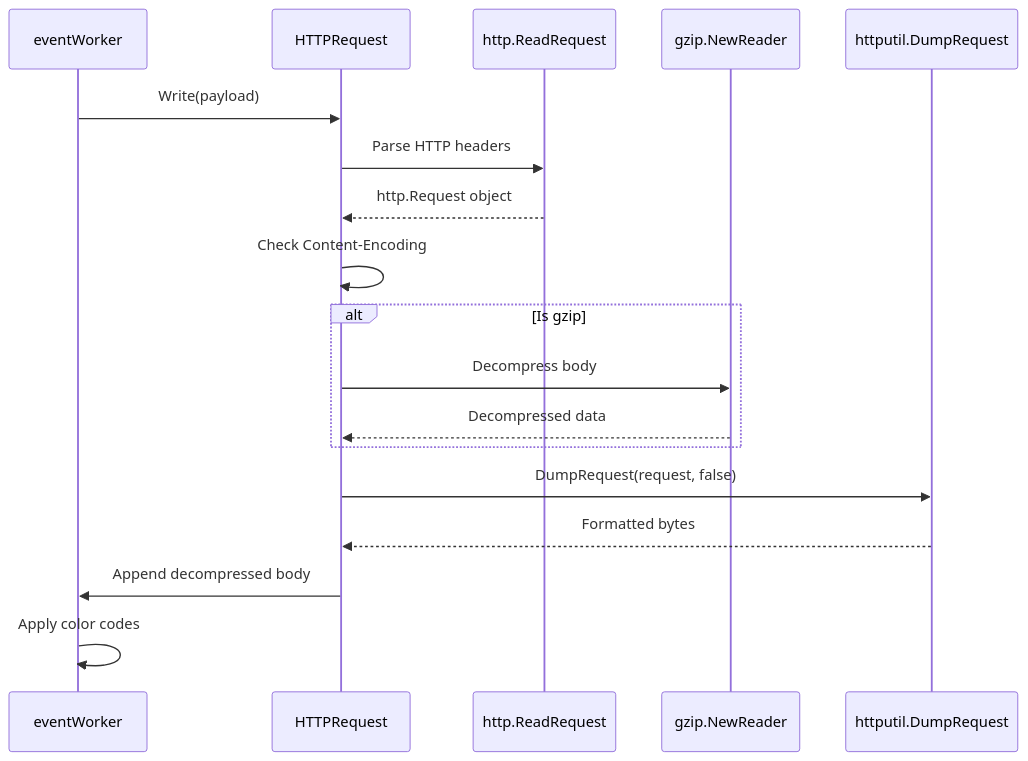
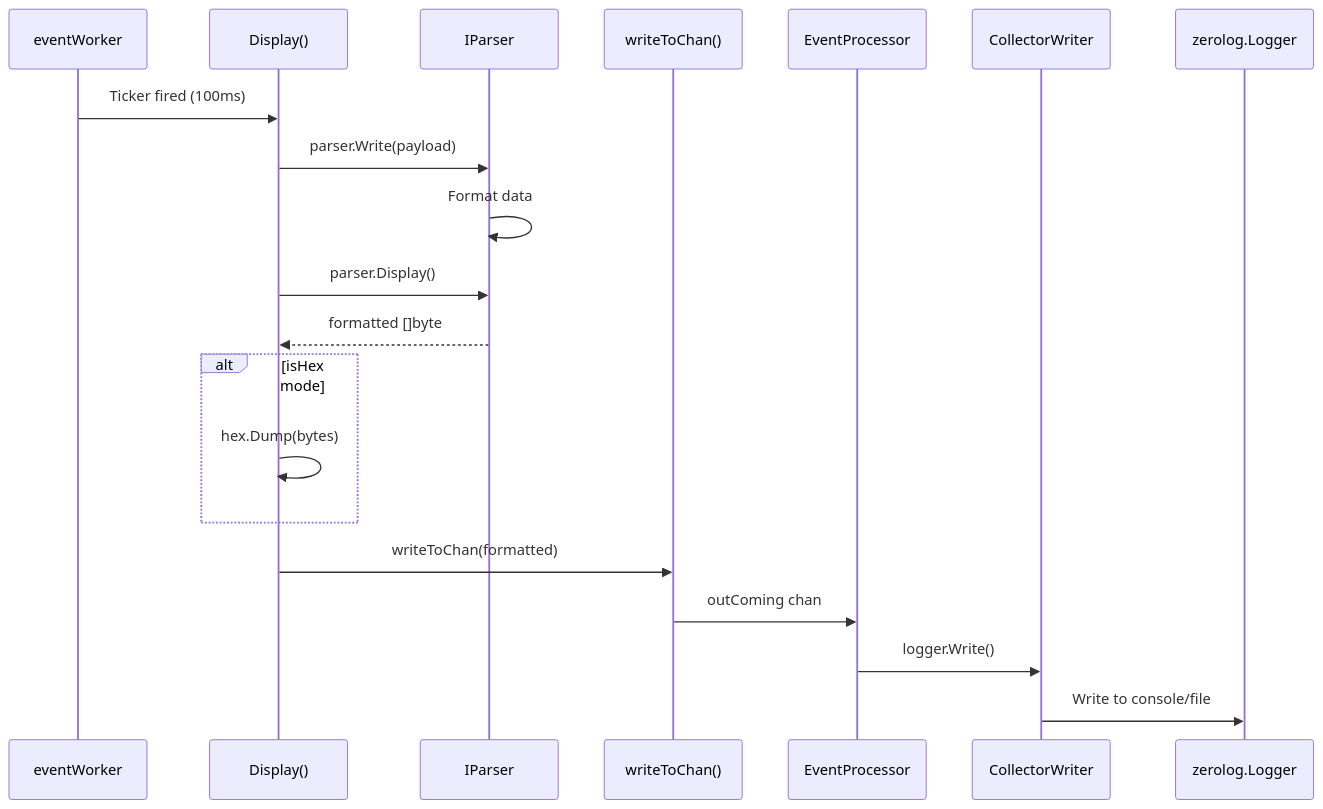
One commit to gojue/ecapture.cc changed the third of 4 diagrams in src/en/4-output-formats/4.1-text-output-mode.md. Above: the diagram before and after it, drawn with Mermaid. The commit also changed other lines of this file and 115 other files, not shown here.

````diff
--- a/src/en/4-output-formats/4.1-text-output-mode.md
+++ b/src/en/4-output-formats/4.1-text-output-mode.md
@@ -282,23 +248,25 @@
 ```mermaid
 sequenceDiagram
     participant Worker as eventWorker
-    participant Parser as HTTPRequest
-    participant NetHTTP as http.ReadRequest
-    participant Gzip as gzip.NewReader
-    participant Output as httputil.DumpRequest
+    participant Display as Display()
+    participant Parser as IParser
+    participant Writer as writeToChan()
+    participant Processor as EventProcessor
+    participant Logger as CollectorWriter
+    participant Zerolog as zerolog.Logger
     
-    Worker->>Parser: Write(payload)
-    Parser->>NetHTTP: Parse HTTP headers
-    NetHTTP-->>Parser: http.Request object
+    Worker->>Display: Ticker fired (100ms)
+    Display->>Parser: parser.Write(payload)
+    Parser->>Parser: Format data
+    Display->>Parser: parser.Display()
+    Parser-->>Display: formatted []byte
     
-    Parser->>Parser: Check Content-Encoding
-    alt Is gzip
-        Parser->>Gzip: Decompress body
-        Gzip-->>Parser: Decompressed data
+    alt isHex mode
+        Display->>Display: hex.Dump(bytes)
     end
     
-    Parser->>Output: DumpRequest(request, false)
-    Output-->>Parser: Formatted bytes
-    Parser->>Worker: Append decompressed body
-    Worker->>Worker: Apply color codes
+    Display->>Writer: writeToChan(formatted)
+    Writer->>Processor: outComing chan
+    Processor->>Logger: logger.Write()
+    Logger->>Zerolog: Write to console/file
 ```
````
